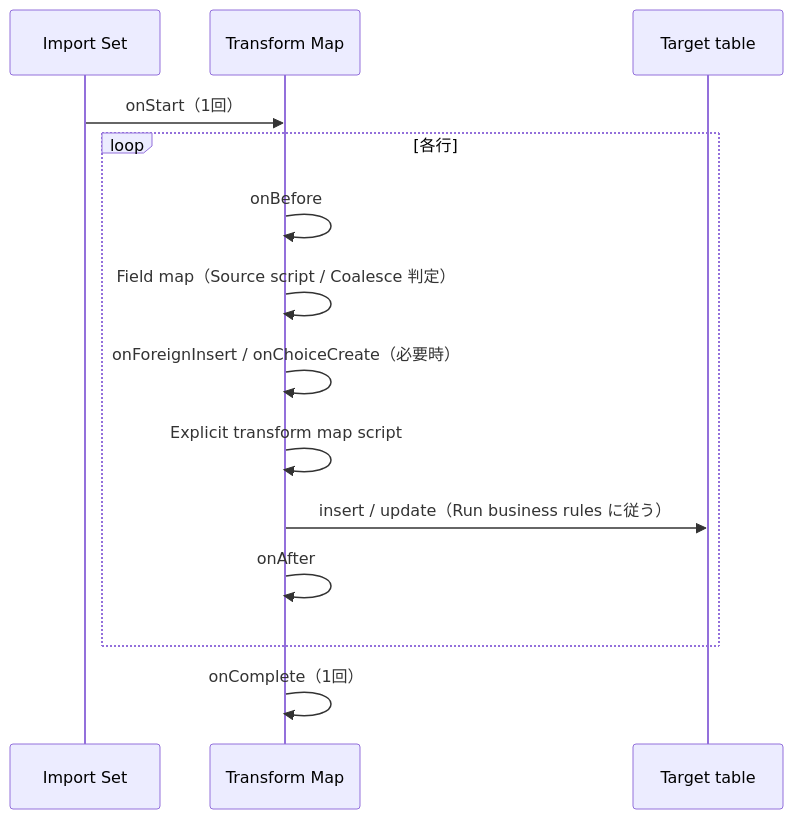
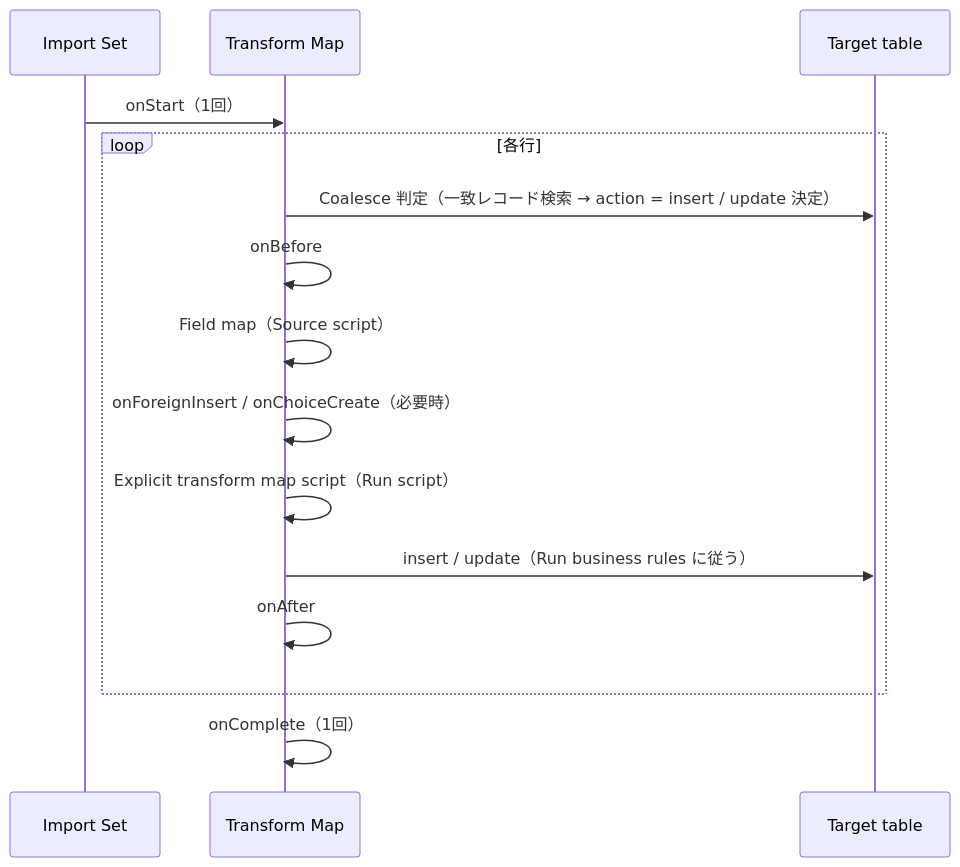
The second of 3 diagrams in ServiceNow/02_リファレンス/platform/import-export-data.md (hidefumiagata/platform-doc), drawn with Mermaid before and after one commit. The commit also changed other lines of this file and 346 other files, not shown here.

````diff
--- a/ServiceNow/02_リファレンス/platform/import-export-data.md
+++ b/ServiceNow/02_リファレンス/platform/import-export-data.md
@@ -534,16 +550,17 @@
 ```mermaid
 sequenceDiagram
   participant IS as Import Set
   participant TM as Transform Map
   participant T as Target table
   IS->>TM: onStart（1回）
   loop 各行
+    TM->>T: Coalesce 判定（一致レコード検索 → action = insert / update 決定）
     TM->>TM: onBefore
-    TM->>TM: Field map（Source script / Coalesce 判定）
+    TM->>TM: Field map（Source script）
     TM->>TM: onForeignInsert / onChoiceCreate（必要時）
-    TM->>TM: Explicit transform map script
+    TM->>TM: Explicit transform map script（Run script）
     TM->>T: insert / update（Run business rules に従う）
     TM->>TM: onAfter
   end
   TM->>TM: onComplete（1回）
 ```
````
